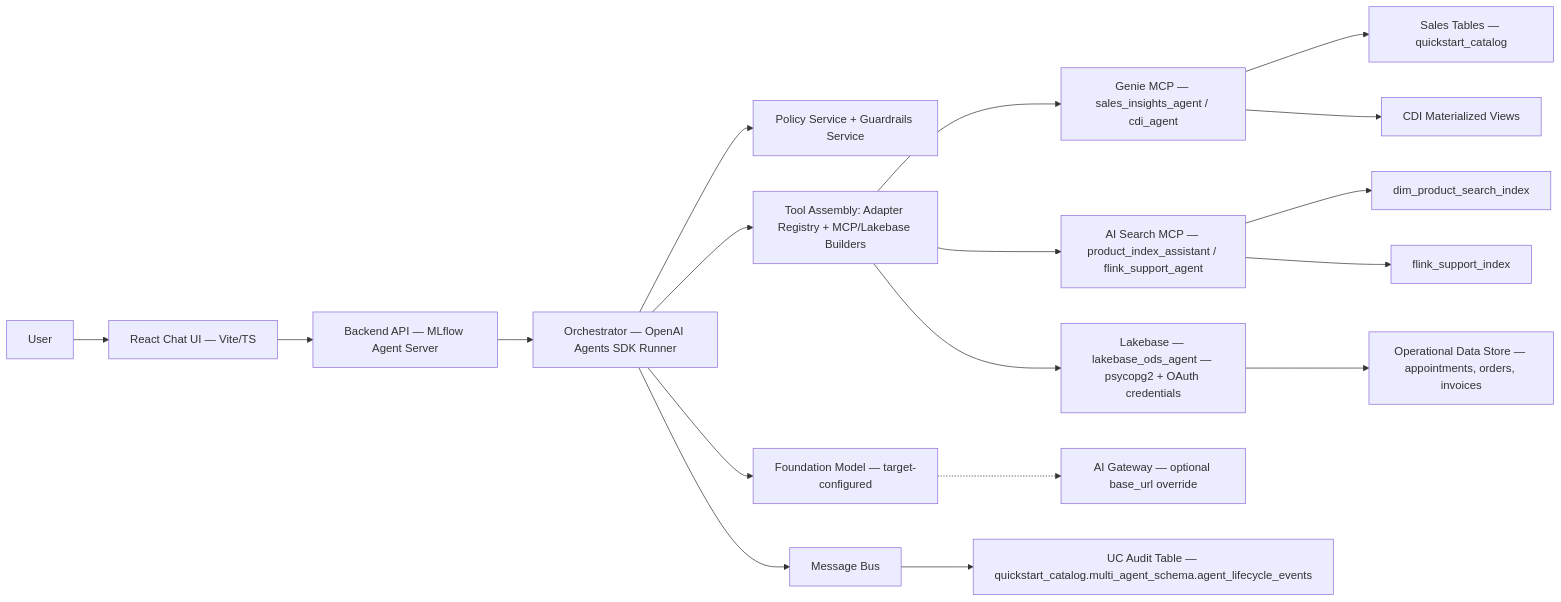
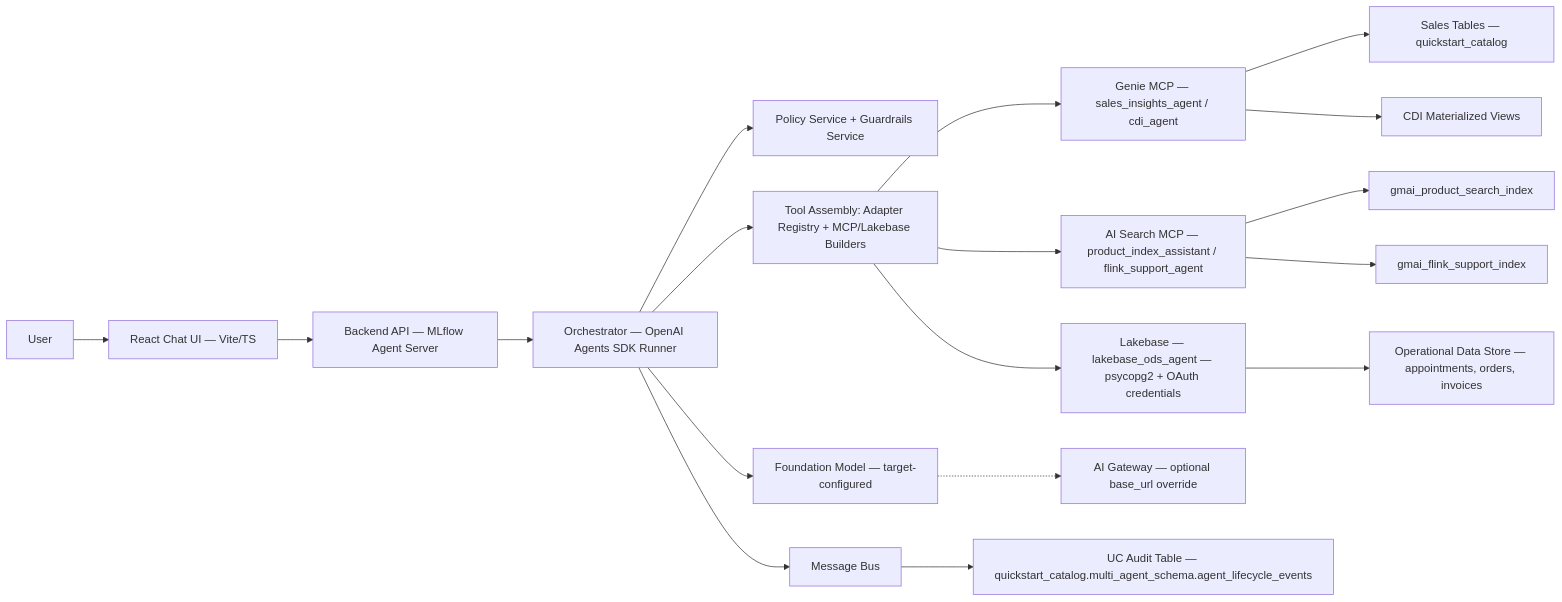
Before and after one commit to wchen-dea/Governed-Multi-Agent-Intelligence-on-Databricks: the first of 4 diagrams in docs/architecture/design-artifacts/03-logical-containers-and-flows.md, drawn with Mermaid. The commit also changed 35 other files, not shown here.

````diff
--- a/docs/architecture/design-artifacts/03-logical-containers-and-flows.md
+++ b/docs/architecture/design-artifacts/03-logical-containers-and-flows.md
@@ -7,20 +7,20 @@
 ```mermaid
 flowchart LR
     User[User] --> FE[React Chat UI — Vite/TS]
     FE --> API[Backend API — MLflow Agent Server]
     API --> ORCH[Orchestrator — OpenAI Agents SDK Runner]
     ORCH --> POL[Policy Service + Guardrails Service]
     ORCH --> TOOL[Tool Assembly: Adapter Registry + MCP/Lakebase Builders]
     TOOL --> GENIE[Genie MCP — sales_insights_agent / cdi_agent]
     TOOL --> AIS[AI Search MCP — product_index_assistant / flink_support_agent]
     TOOL --> LB[Lakebase — lakebase_ods_agent — psycopg2 + OAuth credentials]
     GENIE --> ST[Sales Tables — quickstart_catalog]
     GENIE --> MV[CDI Materialized Views]
-    AIS --> PI[dim_product_search_index]
-    AIS --> FS[flink_support_index]
+    AIS --> PI[gmai_product_search_index]
+    AIS --> FS[gmai_flink_support_index]
     LB --> OD[Operational Data Store — appointments, orders, invoices]
     ORCH --> FM[Foundation Model — target-configured]
     FM -.-> AIGW[AI Gateway — optional base_url override]
     ORCH --> BUS[Message Bus]
     BUS --> AUDIT[UC Audit Table — quickstart_catalog.multi_agent_schema.agent_lifecycle_events]
 ```
````
